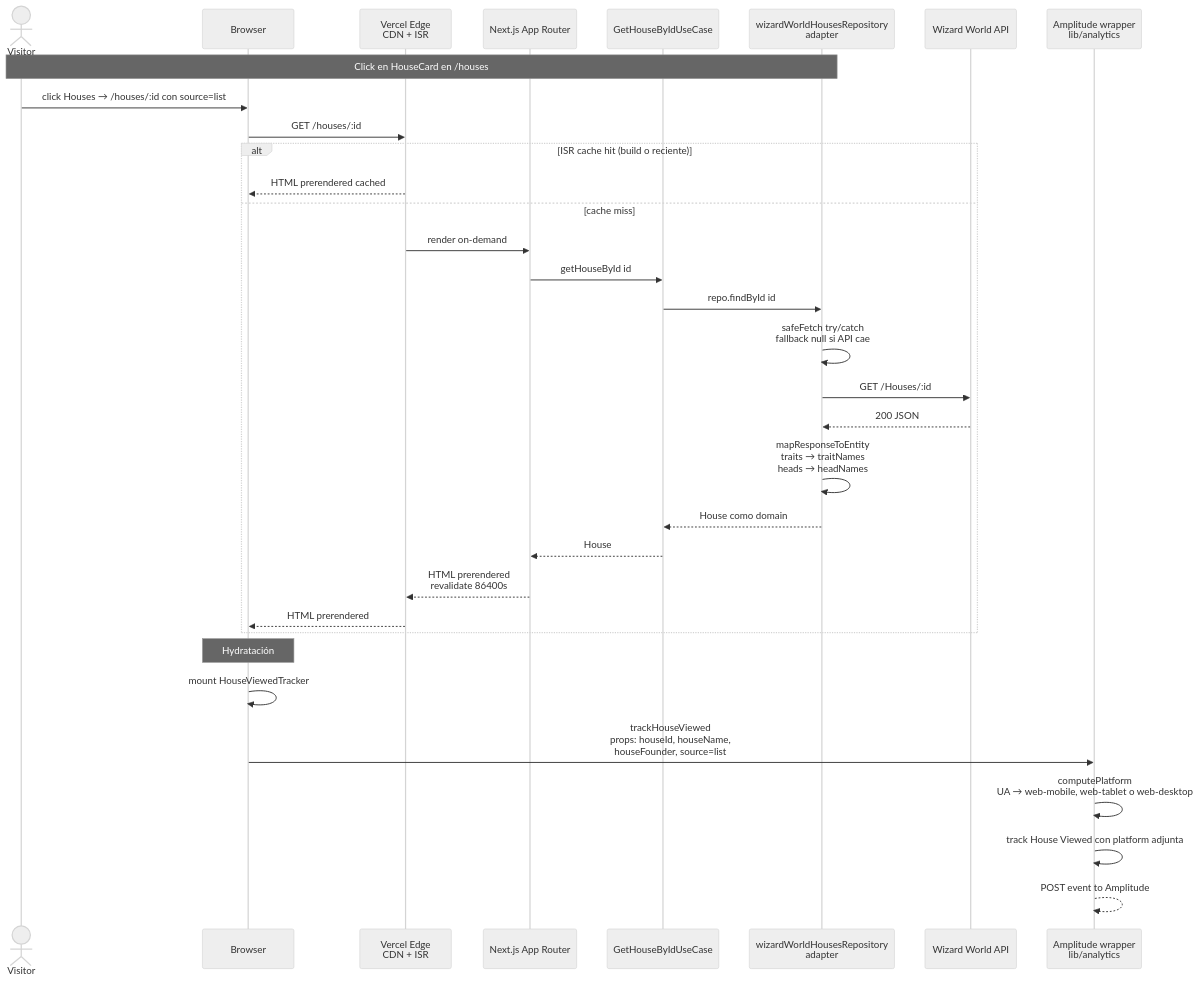
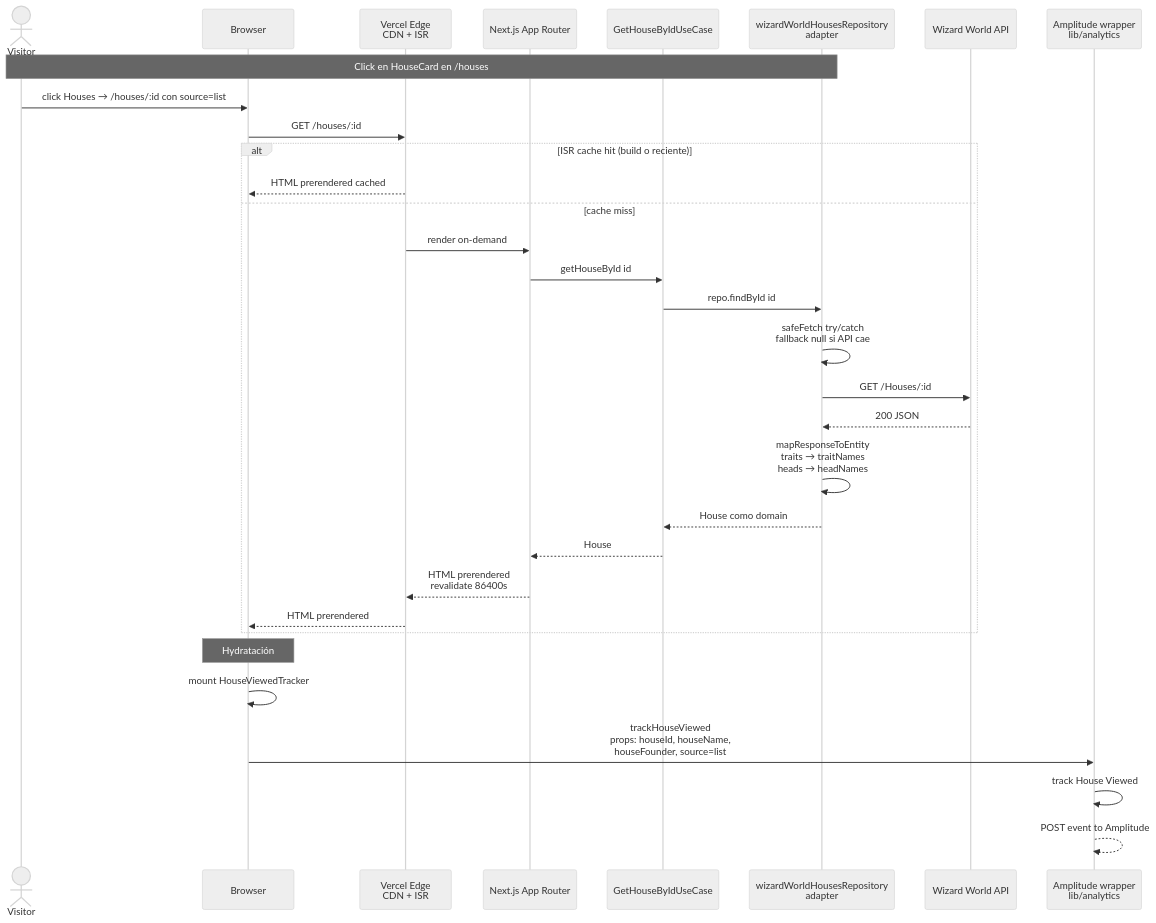
Before and after one commit to PKerty/wizard-hub: the diagram in docs/diagrams/lld-house-detail.md, drawn with Mermaid (neutral theme). The commit also changed other lines of this file and 11 other files, not shown here.

````diff
--- a/docs/diagrams/lld-house-detail.md
+++ b/docs/diagrams/lld-house-detail.md
@@ -8,38 +8,37 @@
 ```mermaid
 sequenceDiagram
     actor U as Visitor
     participant B as Browser
     participant E as Vercel Edge<br/>CDN + ISR
     participant N as Next.js App Router
     participant UC as GetHouseByIdUseCase
     participant R as wizardWorldHousesRepository<br/>adapter
     participant A as Wizard World API
     participant AM as Amplitude wrapper<br/>lib/analytics
 
     Note over U,R: Click en HouseCard en /houses
     U->>B: click Houses → /houses/:id con source=list
     B->>E: GET /houses/:id
 
     alt ISR cache hit (build o reciente)
         E-->>B: HTML prerendered cached
     else cache miss
         E->>N: render on-demand
         N->>UC: getHouseById id
         UC->>R: repo.findById id
         R->>R: safeFetch try/catch<br/>fallback null si API cae
         R->>A: GET /Houses/:id
         A-->>R: 200 JSON
         R->>R: mapResponseToEntity<br/>traits → traitNames<br/>heads → headNames
         R-->>UC: House como domain
         UC-->>N: House
         N-->>E: HTML prerendered<br/>revalidate 86400s
         E-->>B: HTML prerendered
     end
 
     Note over B: Hydratación
     B->>B: mount HouseViewedTracker
     B->>AM: trackHouseViewed<br/>props: houseId, houseName,<br/>houseFounder, source=list
-    AM->>AM: computePlatform<br/>UA → web-mobile, web-tablet o web-desktop
-    AM->>AM: track House Viewed con platform adjunta
+    AM->>AM: track House Viewed
     AM-->>AM: POST event to Amplitude
 ```
````
